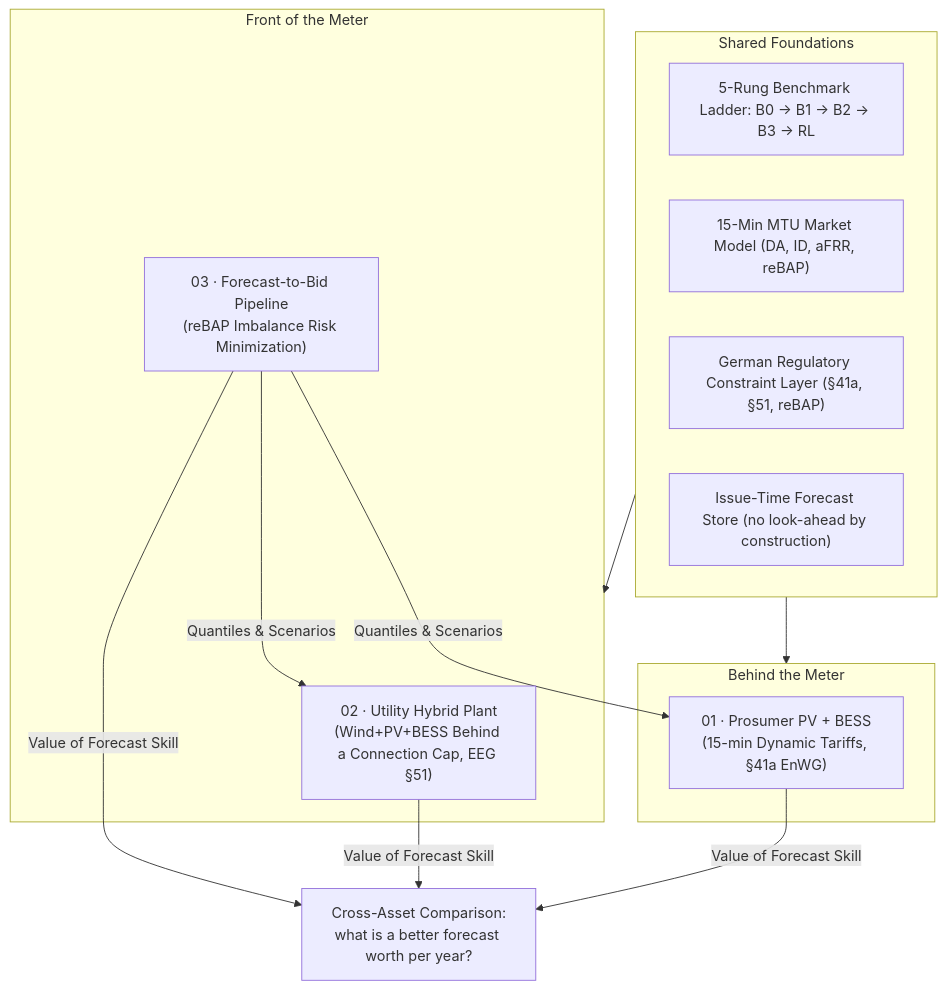
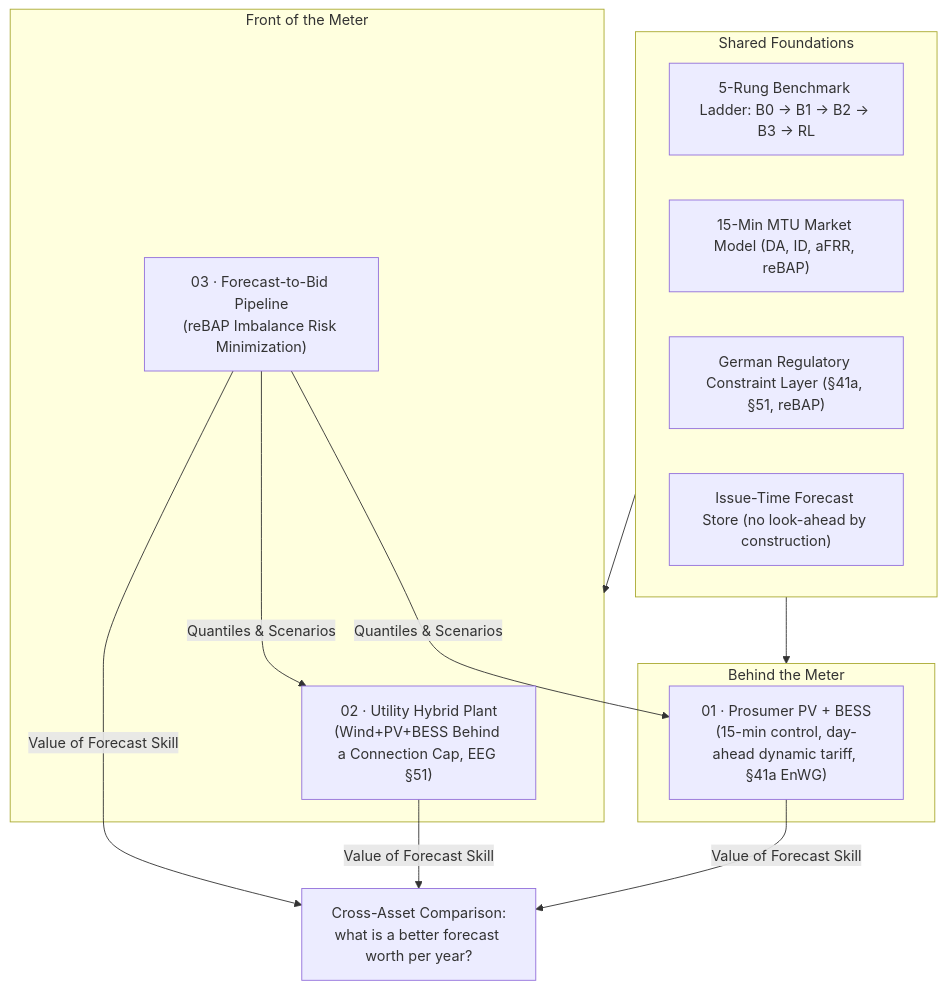
One commit to muratkus01/Portfolio changed the diagram in README.md. Above: the diagram before and after it, drawn with Mermaid.

Commit message:
docs: describe the P01 tariff as day-ahead, not 15-minute
The root diagram labelled project 01 "15-min Dynamic Tariffs". The
controller steps every 15 minutes, but the tariff passes the day-ahead
price through at the product's own resolution: hourly products until
2025-09-30, held over four quarter-hours (data/dataset.py:55; 24 prices
per local day in the price cache), and quarter-hour products after.

````diff
--- a/README.md
+++ b/README.md
@@ -45,26 +45,26 @@
 ```mermaid
 flowchart TB
     subgraph FOUND["Shared Foundations"]
         F1["5-Rung Benchmark Ladder: B0 -> B1 -> B2 -> B3 -> RL"]
         F2["15-Min MTU Market Model (DA, ID, aFRR, reBAP)"]
         F3["German Regulatory Constraint Layer (§41a, §51, reBAP)"]
         F4["Issue-Time Forecast Store (no look-ahead by construction)"]
     end
 
     subgraph BTM["Behind the Meter"]
-        P1["01 · Prosumer PV + BESS<br/>(15-min Dynamic Tariffs, §41a EnWG)"]
+        P1["01 · Prosumer PV + BESS<br/>(15-min control, day-ahead dynamic tariff, §41a EnWG)"]
     end
 
     subgraph FTM["Front of the Meter"]
         P5["02 · Utility Hybrid Plant<br/>(Wind+PV+BESS Behind a Connection Cap, EEG §51)"]
         P6["03 · Forecast-to-Bid Pipeline<br/>(reBAP Imbalance Risk Minimization)"]
     end
 
     FOUND --> BTM
     FOUND --> FTM
     P6 -->|Quantiles & Scenarios| P1
     P6 -->|Quantiles & Scenarios| P5
     P1 -->|Value of Forecast Skill| VAL["Cross-Asset Comparison:<br/>what is a better forecast worth per year?"]
     P5 -->|Value of Forecast Skill| VAL
     P6 -->|Value of Forecast Skill| VAL
 ```
````
